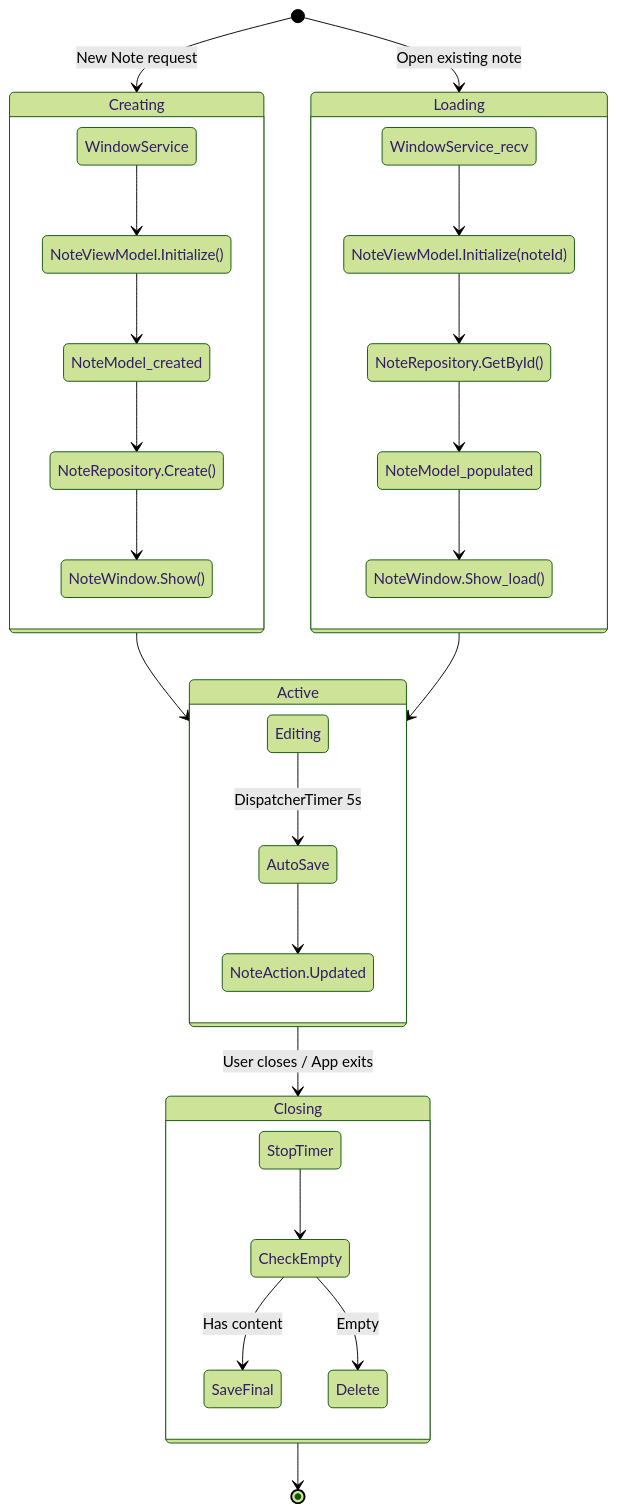
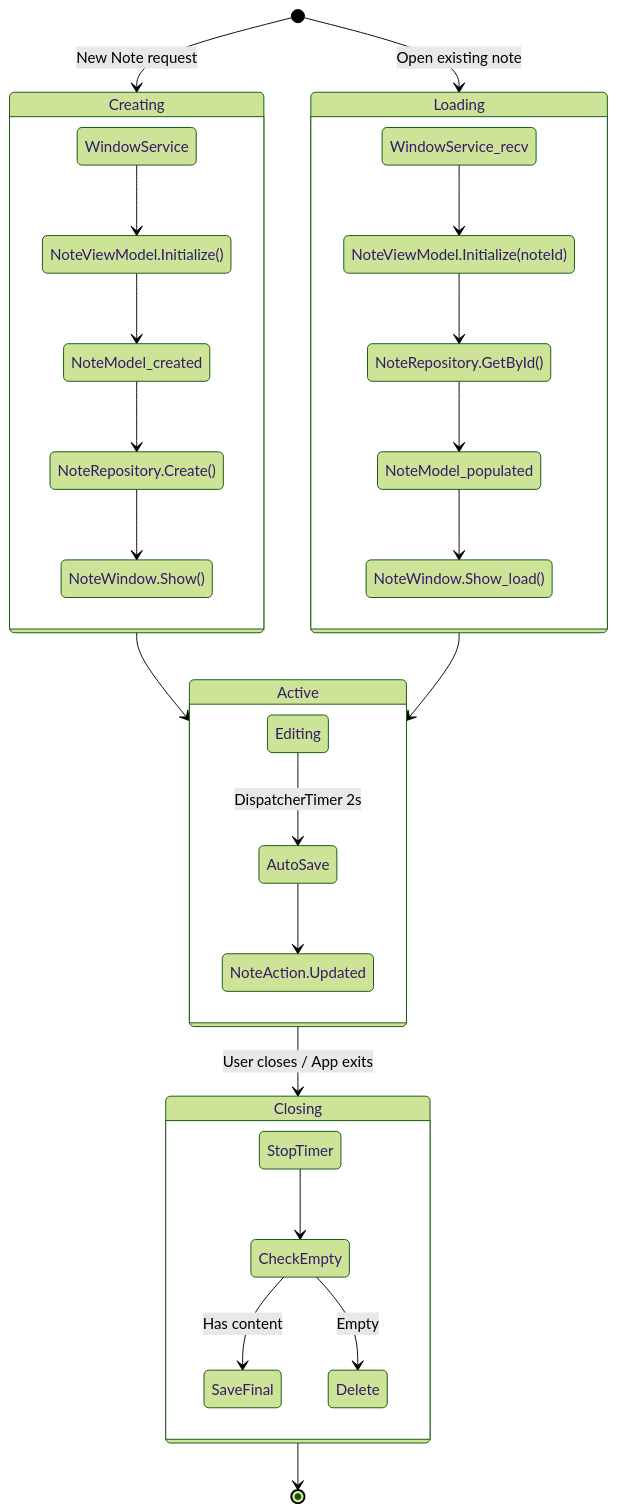
One commit to timothywarner-org/TimmyTools changed the third of 3 diagrams in README.md. Above: the diagram before and after it, drawn with Mermaid (forest theme). The commit also changed other lines of this file and 1 other file, not shown here.

````diff
--- a/README.md
+++ b/README.md
@@ -456,37 +456,37 @@
 ```mermaid
 stateDiagram-v2
     [*] --> Creating: New Note request
     [*] --> Loading: Open existing note
 
     state Creating {
         WindowService --> NoteViewModel.Initialize()
         NoteViewModel.Initialize() --> NoteModel_created
         NoteModel_created --> NoteRepository.Create()
         NoteRepository.Create() --> NoteWindow.Show()
     }
 
     state Loading {
         WindowService_recv --> NoteViewModel.Initialize(noteId)
         NoteViewModel.Initialize(noteId) --> NoteRepository.GetById()
         NoteRepository.GetById() --> NoteModel_populated
         NoteModel_populated --> NoteWindow.Show_load()
     }
 
     Creating --> Active
     Loading --> Active
 
     state Active {
-        Editing --> AutoSave: DispatcherTimer 5s
+        Editing --> AutoSave: DispatcherTimer 2s
         AutoSave --> NoteAction.Updated
     }
 
     Active --> Closing: User closes / App exits
 
     state Closing {
         StopTimer --> CheckEmpty
         CheckEmpty --> SaveFinal: Has content
         CheckEmpty --> Delete: Empty
     }
 
     Closing --> [*]
 ```
````
